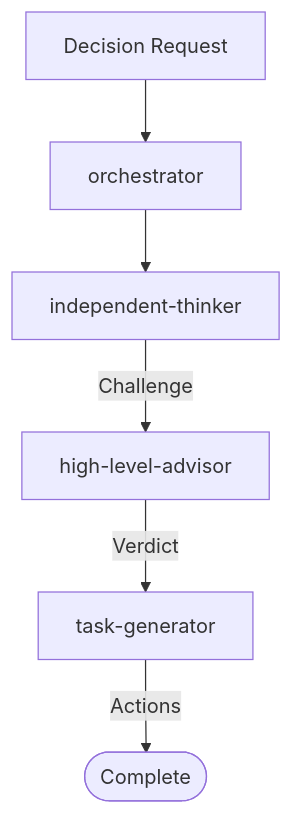
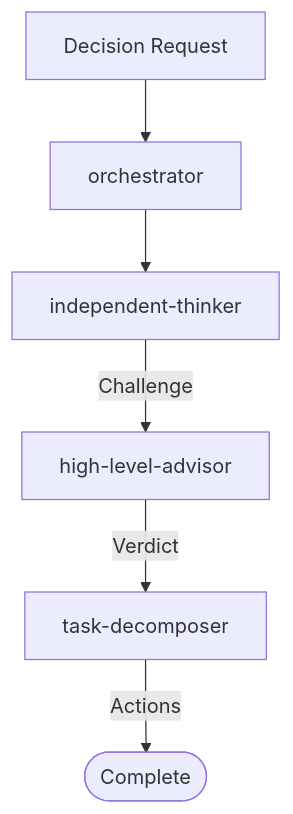
One commit to rjmurillo/ai-agents changed the third of 10 diagrams in .agents/AGENT-SYSTEM.md. Above: the diagram before and after it, drawn with Mermaid. The commit also changed other lines of this file and 159 other files, not shown here.

````diff
--- a/.agents/AGENT-SYSTEM.md
+++ b/.agents/AGENT-SYSTEM.md
@@ -824,8 +824,8 @@
 ```mermaid
 flowchart TD
     A[Decision Request] --> B[orchestrator]
     B --> C[independent-thinker]
     C -->|Challenge| D[high-level-advisor]
-    D -->|Verdict| E[task-generator]
+    D -->|Verdict| E[task-decomposer]
     E -->|Actions| F([Complete])
 ```
````
